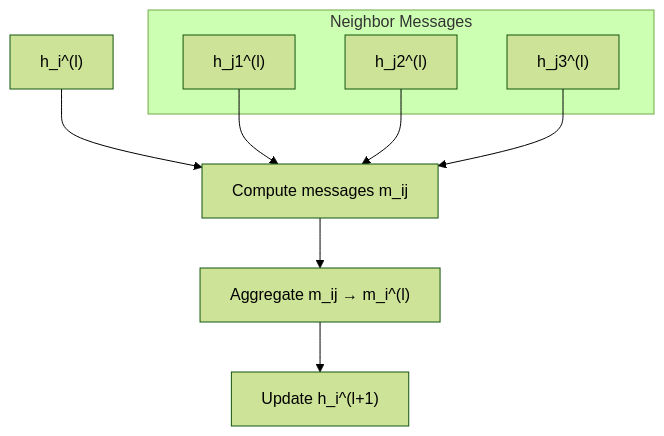
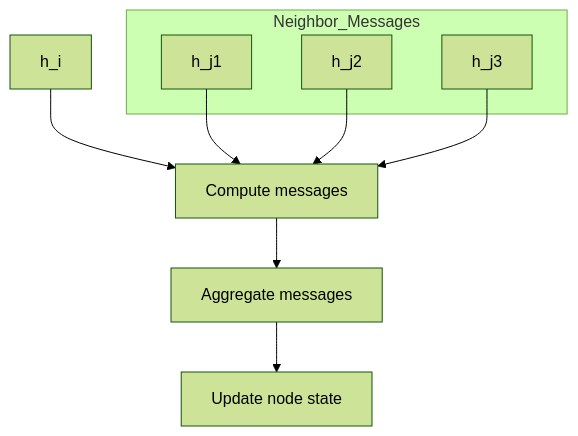
One commit to HamzaGbada/GCN-Numpy changed the first of 4 diagrams in README.md. Above: the diagram before and after it, drawn with Mermaid (forest theme).

Commit message:
[ADD] LICENSE

````diff
--- a/README.md
+++ b/README.md
@@ -59,14 +59,14 @@
 ```mermaid
 flowchart TD
-    subgraph Neighbor Messages
-        J1["h_j1^(l)"]
-        J2["h_j2^(l)"]
-        J3["h_j3^(l)"]
+    subgraph Neighbor_Messages
+        J1[h_j1]
+        J2[h_j2]
+        J3[h_j3]
     end
-    I["h_i^(l)"] --> M[Compute messages m_ij]
+    I[h_i] --> M[Compute messages]
     J1 --> M
     J2 --> M
     J3 --> M
-    M --> A["Aggregate m_ij → m_i^(l)"]
-    A --> U["Update h_i^(l+1)"]
+    M --> A[Aggregate messages]
+    A --> U[Update node state]
 ```
````
